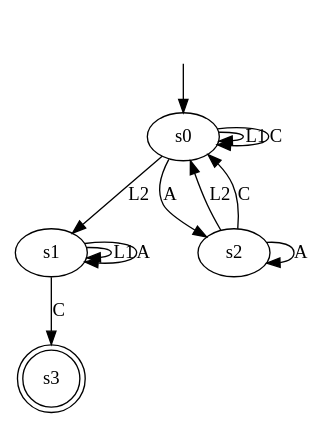
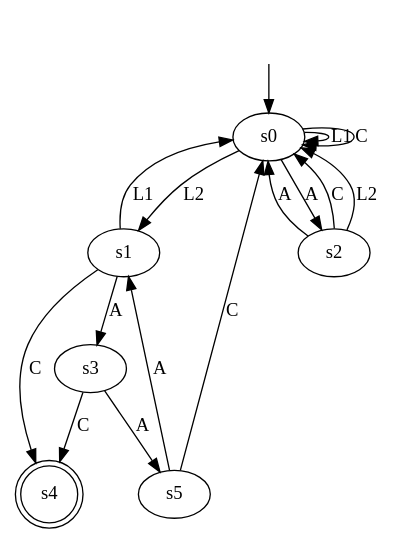
Before and after one commit to tomyaacov/lstar_dont_care: the diagram in output/magento_result_b_0.8.dot, drawn with Graphviz. The commit also changed 64 other files, not shown here.

```diff
--- a/output/magento_result_b_0.8.dot
+++ b/output/magento_result_b_0.8.dot
@@ -1,18 +1,24 @@
 digraph "output/magento_result_b_0.8" {
 s0 [label=s0];
 s1 [label=s1];
 s2 [label=s2];
-s3 [label=s3, shape=doublecircle];
+s3 [label=s3];
+s4 [label=s4, shape=doublecircle];
+s5 [label=s5];
 s0 -> s0  [label=L1];
 s0 -> s1  [label=L2];
 s0 -> s2  [label=A];
 s0 -> s0  [label=C];
-s1 -> s1  [label=L1];
-s1 -> s1  [label=A];
-s1 -> s3  [label=C];
+s1 -> s0  [label=L1];
+s1 -> s3  [label=A];
+s1 -> s4  [label=C];
+s2 -> s0  [label=C];
 s2 -> s0  [label=L2];
-s2 -> s2  [label=A];
-s2 -> s0  [label=C];
+s2 -> s0  [label=A];
+s3 -> s4  [label=C];
+s3 -> s5  [label=A];
+s5 -> s0  [label=C];
+s5 -> s1  [label=A];
 __start0 [label="", shape=none];
 __start0 -> s0  [label=""];
 }
```
